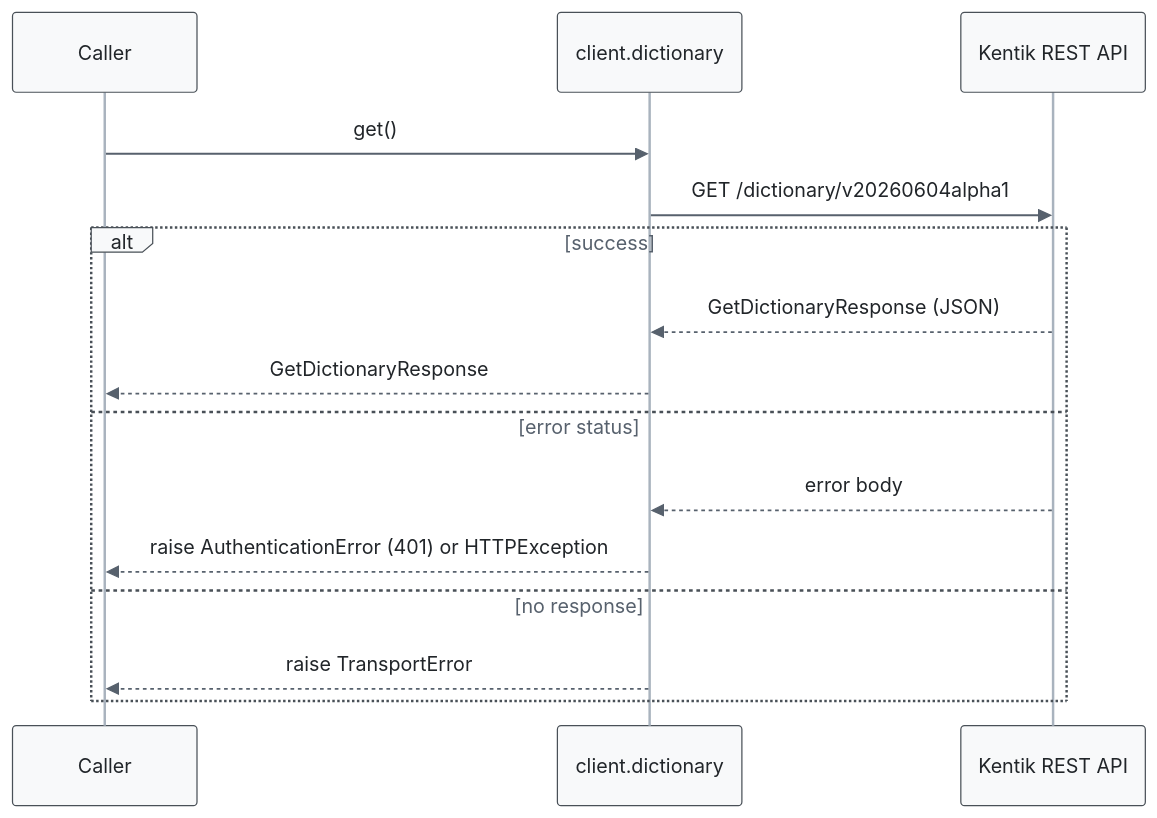
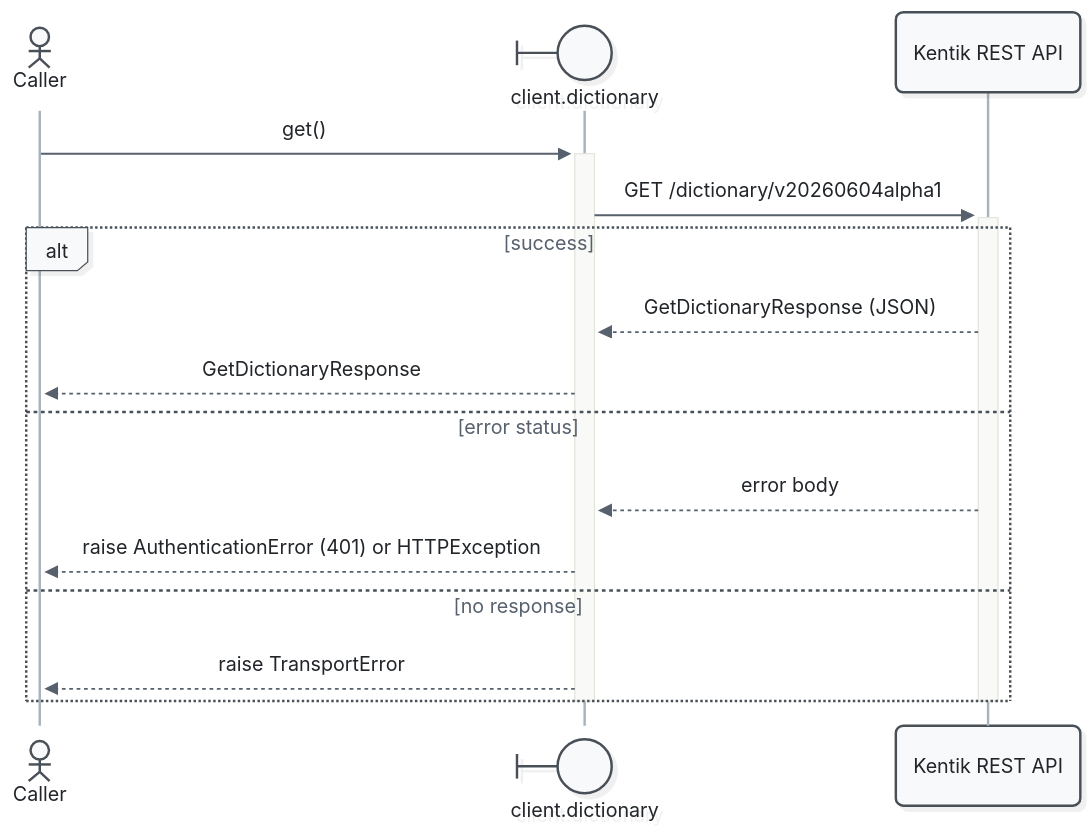
The first of 3 diagrams in docs/sphinx/services/dictionary.md (alexdearaujo/community_sdk_python), drawn with Mermaid before and after one commit. The commit also changed other lines of this file and 52 other files, not shown here.

First line of the commit message:
docs: Mermaid 12 sequence diagrams with participant types and path colors

````diff
--- a/docs/sphinx/services/dictionary.md
+++ b/docs/sphinx/services/dictionary.md
@@ -33,19 +33,21 @@
 ```mermaid
-%%{init: {"theme": "base", "fontFamily": "ui-monospace, SFMono-Regular, Menlo, monospace", "themeVariables": {"fontFamily": "ui-monospace, SFMono-Regular, Menlo, monospace", "primaryColor": "#f8f9fa", "primaryBorderColor": "#495057", "primaryTextColor": "#212529", "textColor": "#212529", "lineColor": "#77818c", "edgeLabelBackground": "#ffffff", "actorBkg": "#f8f9fa", "actorBorder": "#495057", "actorTextColor": "#212529", "actorLineColor": "#a9b3be", "signalColor": "#57616d", "signalTextColor": "#212529", "labelBoxBkgColor": "#f8f9fa", "labelBoxBorderColor": "#495057", "labelTextColor": "#212529", "loopTextColor": "#57616d", "noteBkgColor": "#fff9db", "noteBorderColor": "#f08c00", "noteTextColor": "#a35a00"}, "flowchart": {"curve": "step", "nodeSpacing": 30, "rankSpacing": 70, "wrappingWidth": 400}}}%%
+%%{init: {"theme": "redux", "look": "neo", "layout": "dagre", "fontFamily": "ui-monospace, SFMono-Regular, Menlo, monospace", "themeVariables": {"fontFamily": "ui-monospace, SFMono-Regular, Menlo, monospace", "primaryColor": "#f8f9fa", "primaryBorderColor": "#495057", "primaryTextColor": "#212529", "textColor": "#212529", "lineColor": "#77818c", "edgeLabelBackground": "#ffffff", "actorBkg": "#f8f9fa", "actorBorder": "#495057", "actorTextColor": "#212529", "actorLineColor": "#a9b3be", "signalColor": "#57616d", "signalTextColor": "#212529", "labelBoxBkgColor": "#f8f9fa", "labelBoxBorderColor": "#495057", "labelTextColor": "#212529", "loopTextColor": "#57616d", "noteBkgColor": "#fff9db", "noteBorderColor": "#f08c00", "noteTextColor": "#a35a00"}, "sequence": {"activationWidth": 16}, "flowchart": {"curve": "step", "nodeSpacing": 30, "rankSpacing": 70, "wrappingWidth": 400}}}%%
 sequenceDiagram
-    participant C as Caller
-    participant W as client.dictionary
+    actor C as Caller
+    participant W@{ "type": "boundary" } as client.dictionary
     participant API as Kentik REST API
 
-    C->>W: get()
-    W->>API: GET /dictionary/v20260604alpha1
+    C->>+W: get()
+    W->>+API: GET /dictionary/v20260604alpha1
     alt success
         API-->>W: GetDictionaryResponse (JSON)
         W-->>C: GetDictionaryResponse
     else error status
         API-->>W: error body
         W-->>C: raise AuthenticationError (401) or HTTPException
     else no response
         W-->>C: raise TransportError
     end
+    deactivate API
+    deactivate W
 ```
````
